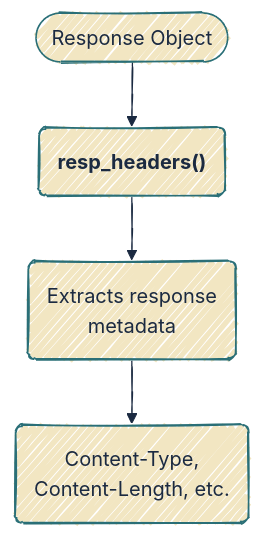
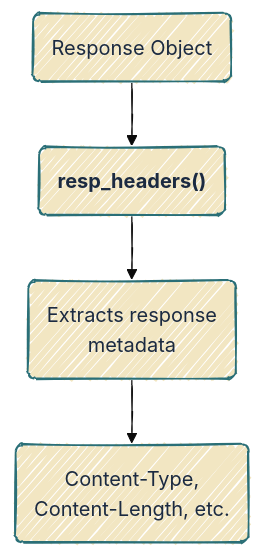
The fourth of 4 diagrams in httr2.qmd (mjfrigaard/do4ds-labs), drawn with Mermaid before and after one commit. The commit also changed other lines of this file and 37 other files, not shown here.

Commit message:
updates to mermaid

````diff
--- a/httr2.qmd
+++ b/httr2.qmd
@@ -151,12 +154,13 @@
 ```{mermaid}
 %%| fig-width: 6.5
 %%| fig-align: center
-%%{init: {'theme': 'base', 'look': 'handDrawn', 'themeVariables': { 'fontFamily': 'monospace', 'primaryColor': '#F2E6C2', 'primaryBorderColor': '#2A6F77', 'primaryTextColor': '#1B2A41', 'secondaryColor': '#d4e7e4', 'tertiaryColor': '#f5f0e4', 'lineColor': '#1B2A41', 'edgeLabelBackground': '#F2E6C2'}}}%%
+%%{init: {'theme': 'base', 'look': 'handDrawn', 'themeVariables': {'fontFamily': 'monospace'}}}%%
 
 graph TD
-  A(["Response Object"]) --> B("<strong>resp_headers()</strong>")
+  A("Response Object") --> B("<strong>resp_headers()</strong>")
   B --> C("Extracts response<br>metadata")
   C --> D("Content-Type,<br>Content-Length, etc.")
+    classDef default fill:#F2E6C2,stroke:#2A6F77,color:#1B2A41
 
 
 ```
````
